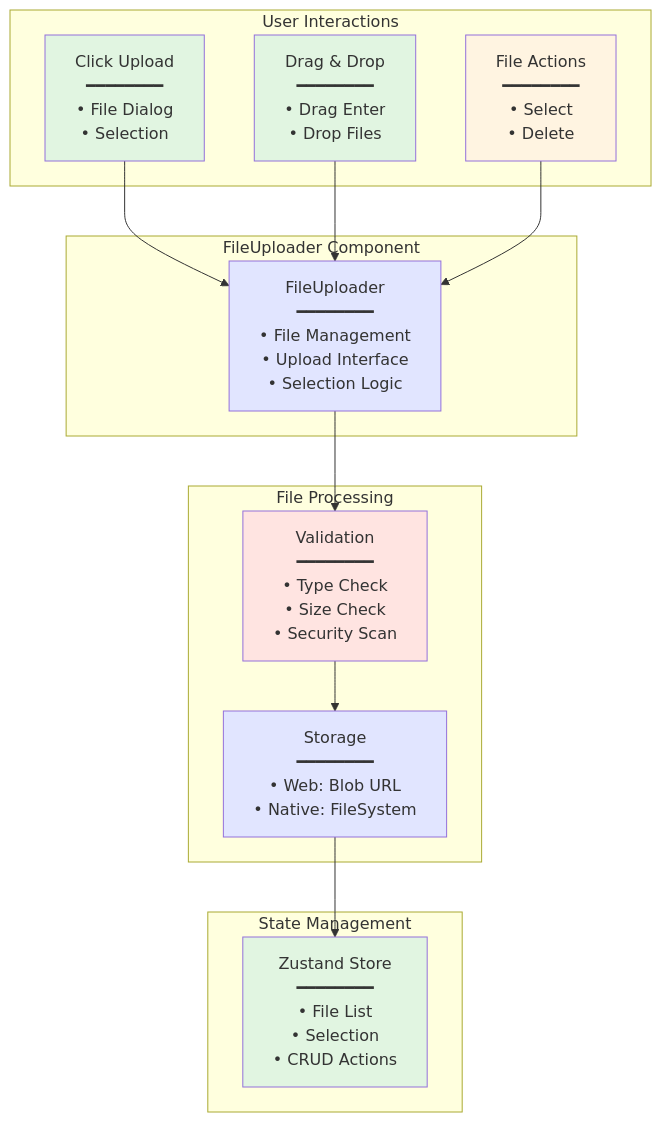
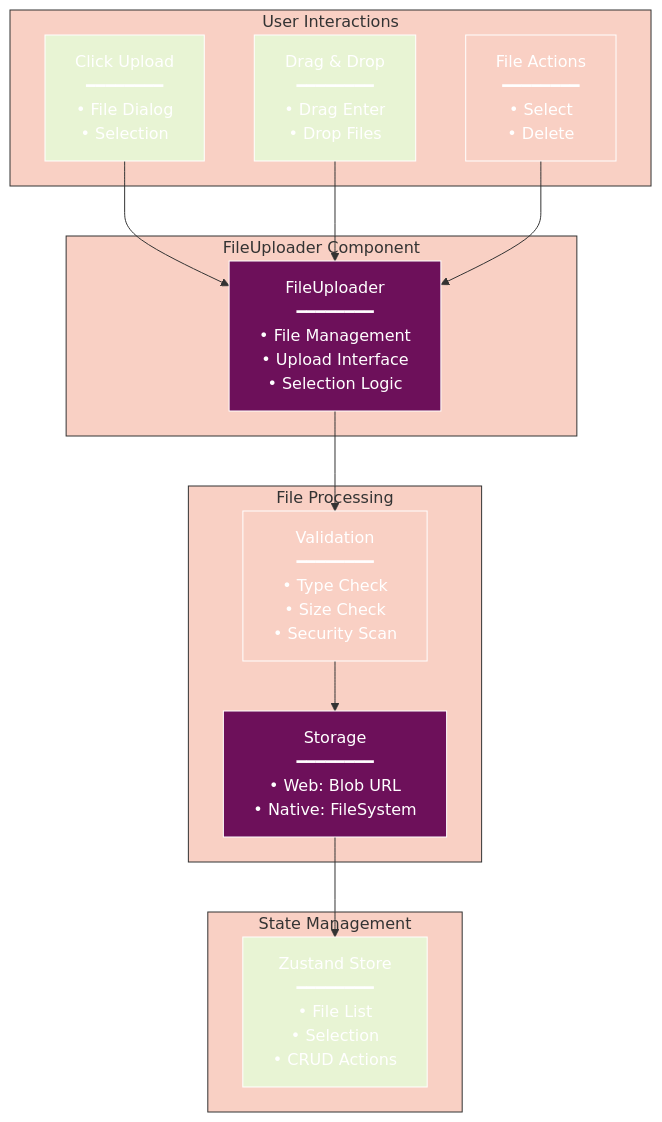
The first of 13 diagrams in docs/components/FILE_UPLOADER.md (radicalkjax/Athena), drawn with Mermaid before and after one commit. The commit also changed other lines of this file and 27 other files, not shown here.

Commit message:
Introduction of expo package manager. Updated docs to reflect changes. Unified mermaid theme for docs.

````diff
--- a/docs/components/FILE_UPLOADER.md
+++ b/docs/components/FILE_UPLOADER.md
@@ -34,36 +34,57 @@
 ```mermaid
+%%{init: {
+  'theme': 'base',
+  'themeVariables': {
+    'primaryColor': '#6d105a',
+    'primaryTextColor': '#ffffff',
+    'primaryBorderColor': '#ffffff',
+    'lineColor': '#333333',
+    'secondaryColor': '#e8f4d4',
+    'secondaryTextColor': '#333333',
+    'secondaryBorderColor': '#333333',
+    'tertiaryColor': '#f9d0c4',
+    'tertiaryTextColor': '#333333',
+    'tertiaryBorderColor': '#333333',
+    'background': '#ffffff',
+    'mainBkg': '#6d105a',
+    'secondBkg': '#e8f4d4',
+    'tertiaryBkg': '#f9d0c4',
+    'textColor': '#333333',
+    'fontFamily': 'Arial, sans-serif'
+  }
+}}%%
 graph TD
     subgraph "FileUploader Component"
         A[FileUploader<br/>━━━━━━━━<br/>• File Management<br/>• Upload Interface<br/>• Selection Logic]
     end
     
     subgraph "User Interactions"
         B[Click Upload<br/>━━━━━━━━<br/>• File Dialog<br/>• Selection]
         C[Drag & Drop<br/>━━━━━━━━<br/>• Drag Enter<br/>• Drop Files]
         D[File Actions<br/>━━━━━━━━<br/>• Select<br/>• Delete]
     end
     
     subgraph "File Processing"
         E[Validation<br/>━━━━━━━━<br/>• Type Check<br/>• Size Check<br/>• Security Scan]
         F[Storage<br/>━━━━━━━━<br/>• Web: Blob URL<br/>• Native: FileSystem]
     end
     
     subgraph "State Management"
         G[Zustand Store<br/>━━━━━━━━<br/>• File List<br/>• Selection<br/>• CRUD Actions]
     end
     
     B --> A
     C --> A
     D --> A
     A --> E
     E --> F
     F --> G
     
-    style A fill:#e1e5ff
-    style B fill:#e1f5e1
-    style C fill:#e1f5e1
-    style D fill:#fff4e1
-    style E fill:#ffe4e1
-    style F fill:#e1e5ff
-    style G fill:#e1f5e1
+    style A fill:#6d105a
+    style B fill:#e8f4d4
+    style C fill:#e8f4d4
+    style D fill:#f9d0c4
+    style E fill:#f9d0c4
+    style F fill:#6d105a
+    style G fill:#e8f4d4
 ```
````
